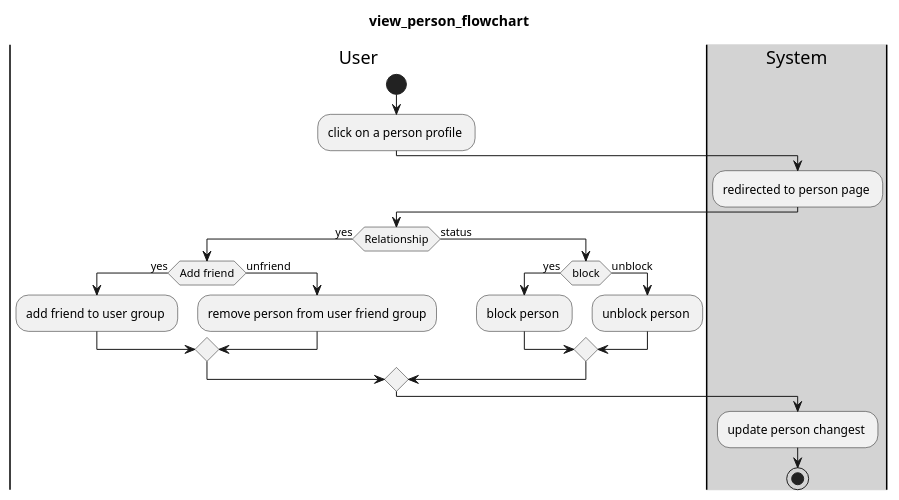
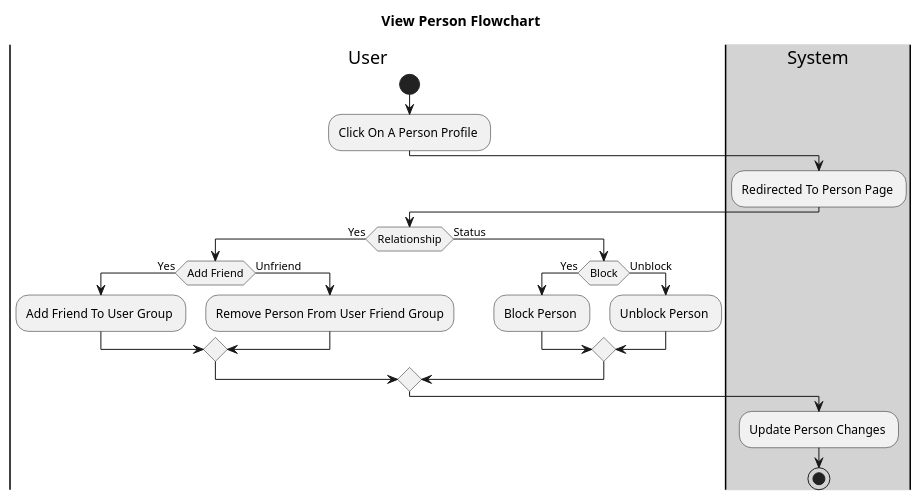
The diagram in Diagram/flowchart/account/view_person_flowchart.wsd (KTPx4/Social_Media), drawn with PlantUML before and after one commit. The commit also changed 10 other files, not shown here.

Commit message:
PHuc | change flowchart

```diff
--- a/Diagram/flowchart/account/view_person_flowchart.wsd
+++ b/Diagram/flowchart/account/view_person_flowchart.wsd
@@ -1,26 +1,26 @@
 @startuml 
-title view_person_flowchart
+title View Person Flowchart
 |User|
 start
-:click on a person profile ; 
+:Click On A Person Profile ; 
 |#lightgray|System|
-:redirected to person page ; 
+:Redirected To Person Page ; 
 |User| 
-if(Relationship) then (yes)
-    if(Add friend) then (yes)
+if(Relationship) then (Yes)
+    if(Add Friend) then (Yes)
 
-        :add friend to user group ; 
-    else(unfriend)
-        :remove person from user friend group; 
+        :Add Friend To User Group ; 
+    else(Unfriend)
+        :Remove Person From User Friend Group; 
     endif
-else (status)  
-    if(block) then (yes)
-        :block person ; 
-    else(unblock)
-        :unblock person ; 
+else (Status)  
+    if(Block) then (Yes)
+        :Block Person ; 
+    else(Unblock)
+        :Unblock Person ; 
     endif
 endif
 |#lightgray|System|
-:update person changest ; 
+:Update Person Changes ; 
 stop
 @enduml
```
